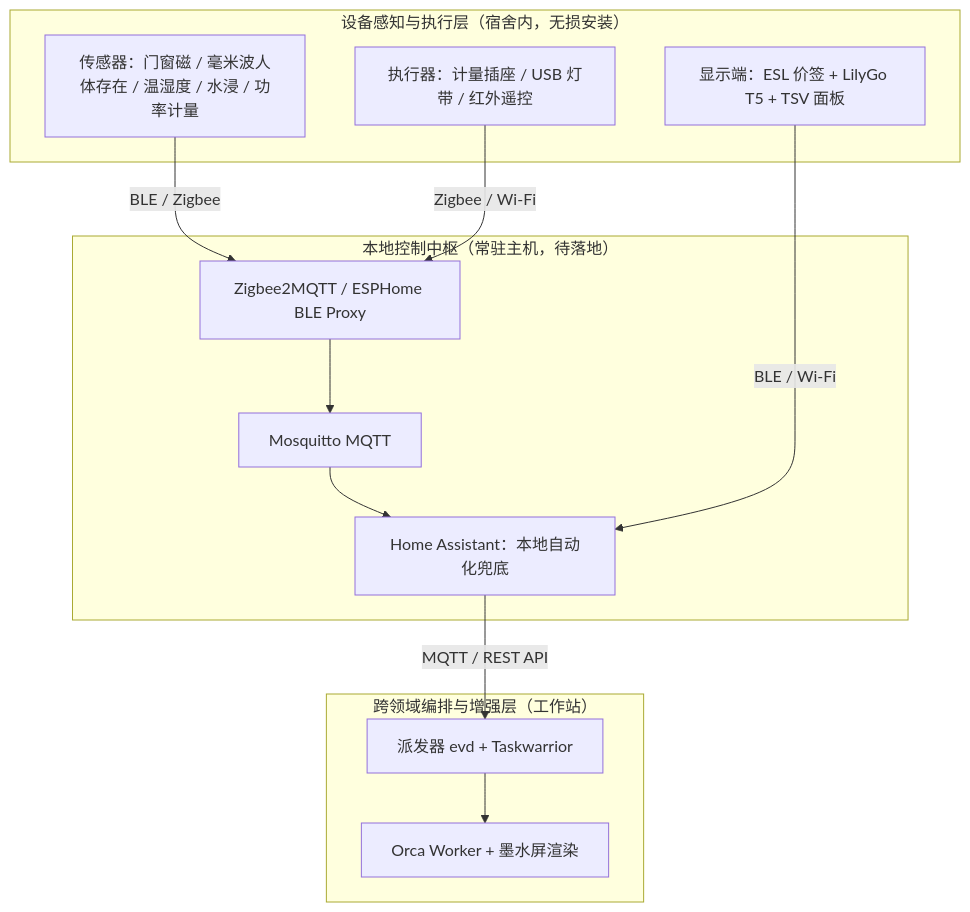
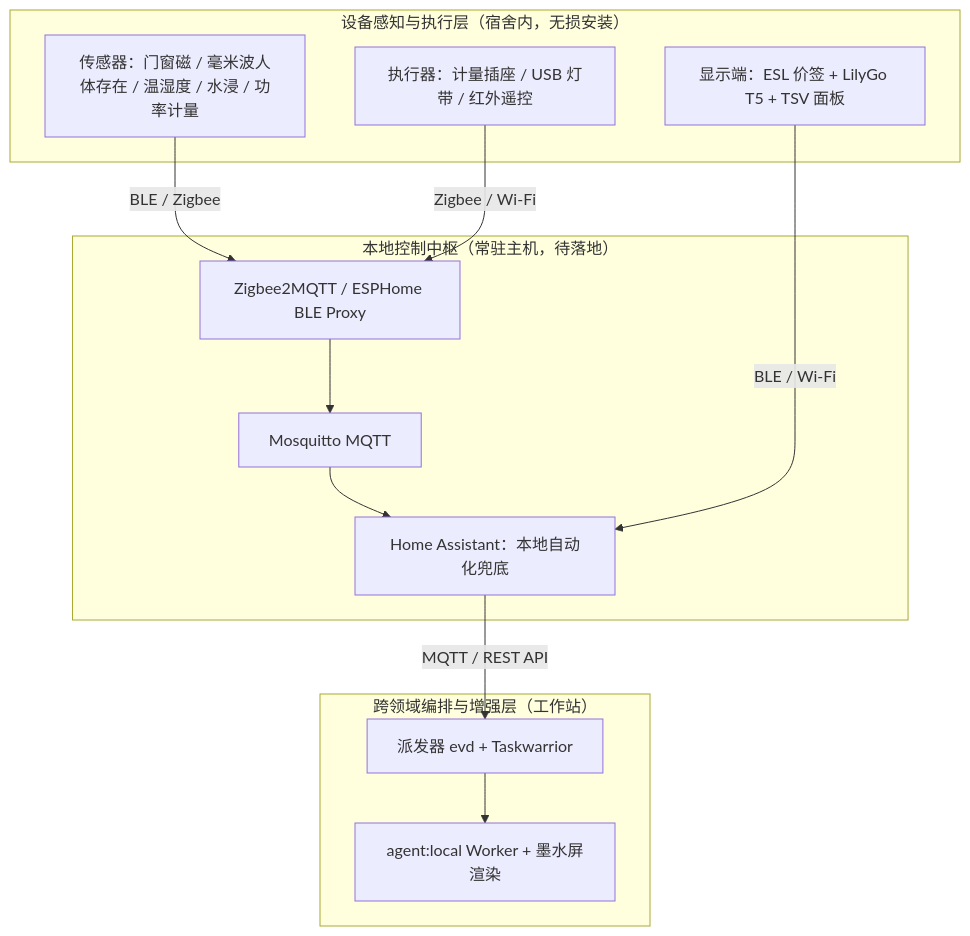
One commit to ShizkMoon/ai-collab-assistant changed the diagram in docs/dorm-smart.md. Above: the diagram before and after it, drawn with Mermaid. The commit also changed 28 other files, not shown here.

First line of the commit message:
docs: 编排层改用自建 agent:local 运行时，GUI 自动化定型 agent-desktop

````diff
--- a/docs/dorm-smart.md
+++ b/docs/dorm-smart.md
@@ -27,18 +27,18 @@
 ```mermaid
 flowchart TD
   subgraph DEV["设备感知与执行层（宿舍内，无损安装）"]
     S["传感器：门窗磁 / 毫米波人体存在 / 温湿度 / 水浸 / 功率计量"]
     A["执行器：计量插座 / USB 灯带 / 红外遥控"]
     D["显示端：ESL 价签 + LilyGo T5 + TSV 面板"]
   end
   subgraph HUB["本地控制中枢（常驻主机，待落地）"]
     Z["Zigbee2MQTT / ESPHome BLE Proxy"] --> MQ["Mosquitto MQTT"] --> H["Home Assistant：本地自动化兜底"]
   end
   subgraph WS["跨领域编排与增强层（工作站）"]
-    E["派发器 evd + Taskwarrior"] --> O["Orca Worker + 墨水屏渲染"]
+    E["派发器 evd + Taskwarrior"] --> O["agent:local Worker + 墨水屏渲染"]
   end
   S -->|BLE / Zigbee| Z
   A -->|Zigbee / Wi-Fi| Z
   D -->|BLE / Wi-Fi| H
   H -->|MQTT / REST API| E
 ```
````
